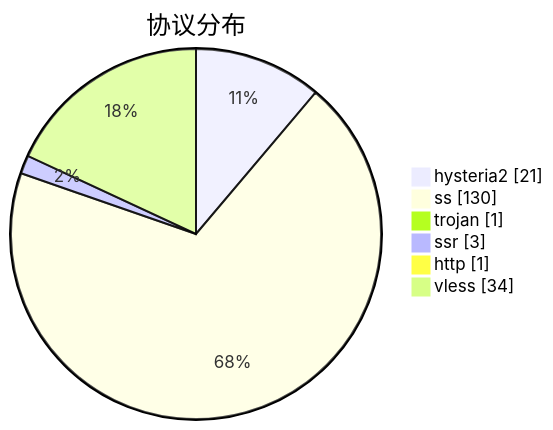
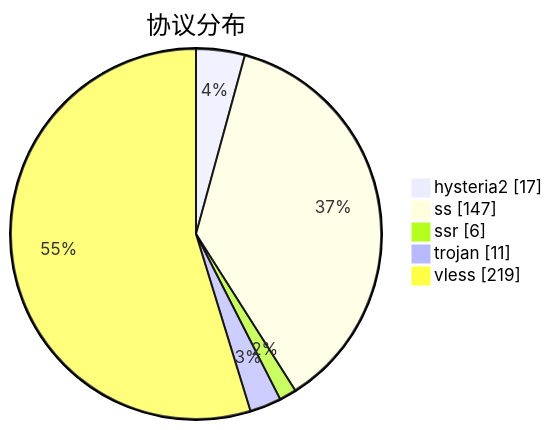
One commit to qjlxg/airport changed the third of 3 diagrams in subs/statistics/tested_within.md. Above: the diagram before and after it, drawn with Mermaid. The commit also changed other lines of this file and 2 other files, not shown here.

````diff
--- a/subs/statistics/tested_within.md
+++ b/subs/statistics/tested_within.md
@@ -31,10 +35,9 @@
 ```mermaid
 pie showData
 title 协议分布
-"hysteria2" : 21
-"ss" : 130
-"trojan" : 1
-"ssr" : 3
-"http" : 1
-"vless" : 34
+"hysteria2" : 17
+"ss" : 147
+"ssr" : 6
+"trojan" : 11
+"vless" : 219
 ```
````
